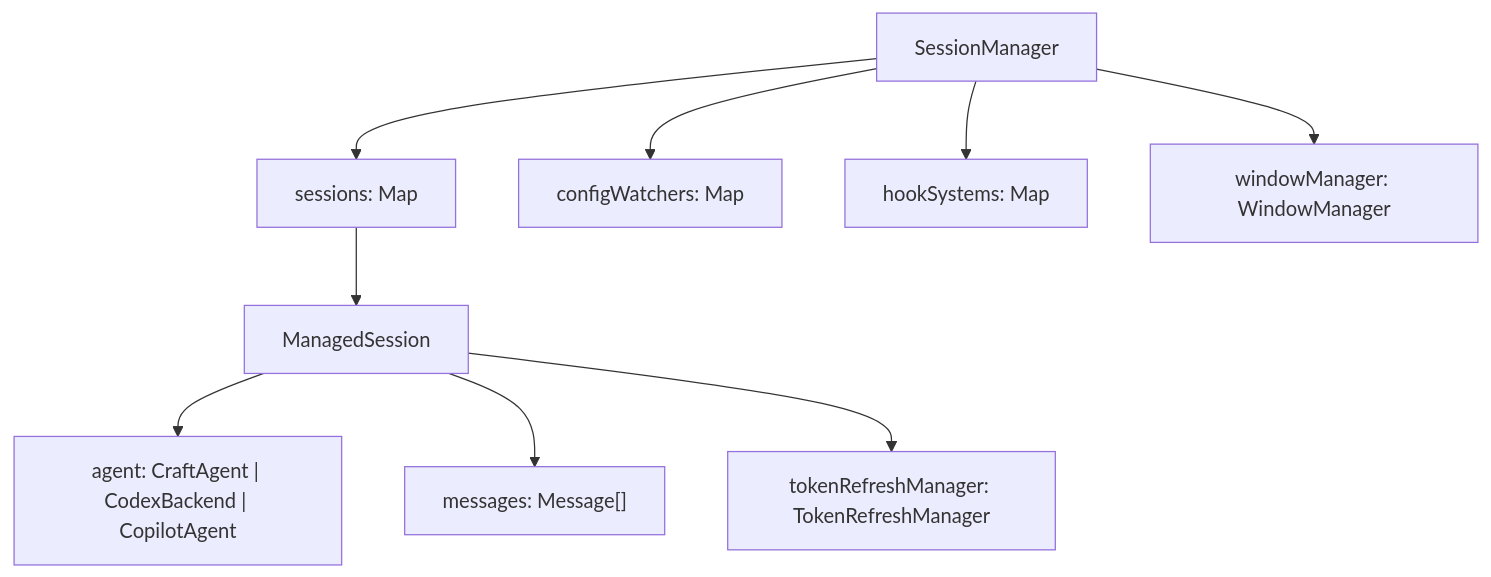
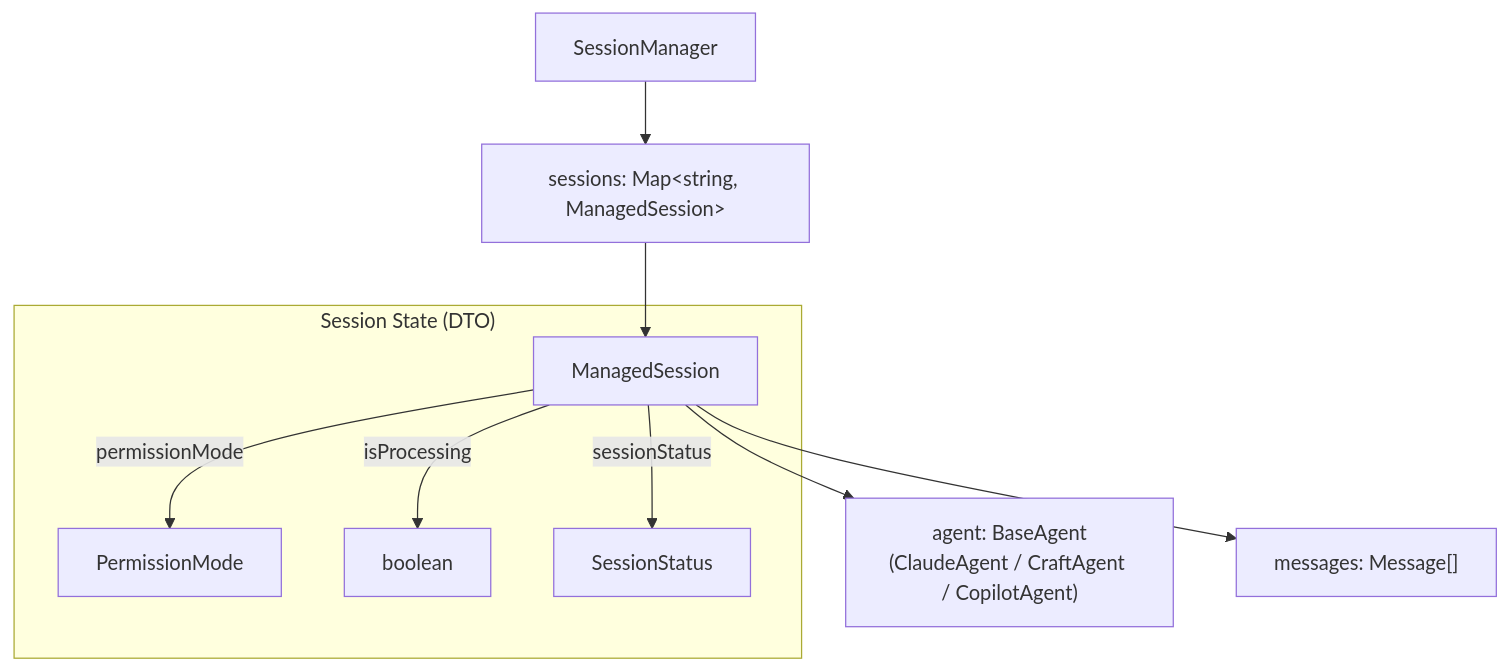
One commit to blackcater/zentree changed the second of 2 diagrams in docs/lukilabs_craft-agents-oss/api-reference/index.md. Above: the diagram before and after it, drawn with Mermaid. The commit also changed other lines of this file and 232 other files, not shown here.

````diff
--- a/docs/lukilabs_craft-agents-oss/api-reference/index.md
+++ b/docs/lukilabs_craft-agents-oss/api-reference/index.md
@@ -203,23 +74,21 @@
 ```mermaid
 graph TB
     SM["SessionManager"]
-    Sessions["sessions: Map<string, ManagedSession>"]
-    ConfigWatchers["configWatchers: Map<string, ConfigWatcher>"]
-    HookSystems["hookSystems: Map<string, HookSystem>"]
-    WindowMgr["windowManager: WindowManager"]
-
+    Sessions["sessions: Map&lt;string, ManagedSession&gt;"]
+    
     SM --> Sessions
-    SM --> ConfigWatchers
-    SM --> HookSystems
-    SM --> WindowMgr
-
+    
     ManagedSession["ManagedSession"]
-    Agent["agent: CraftAgent | CodexBackend | CopilotAgent"]
+    Agent["agent: BaseAgent<br/>(ClaudeAgent / CraftAgent / CopilotAgent)"]
     Messages["messages: Message[]"]
-    TokenRefreshMgr["tokenRefreshManager: TokenRefreshManager"]
-
+    
     Sessions --> ManagedSession
     ManagedSession --> Agent
     ManagedSession --> Messages
-    ManagedSession --> TokenRefreshMgr
+    
+    subgraph "Session State (DTO)"
+    ManagedSession -->|"permissionMode"| PMode["PermissionMode"]
+    ManagedSession -->|"isProcessing"| Proc["boolean"]
+    ManagedSession -->|"sessionStatus"| Status["SessionStatus"]
+    end
 ```
````
